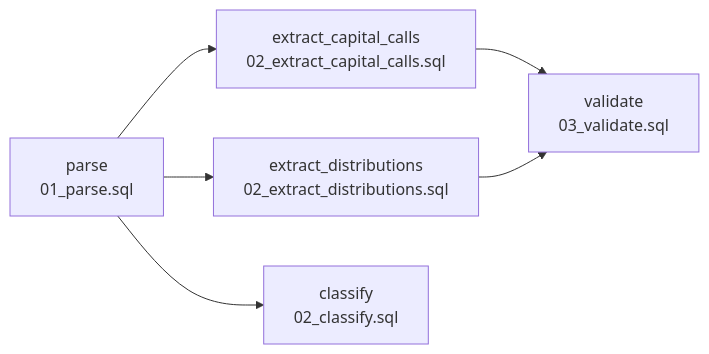
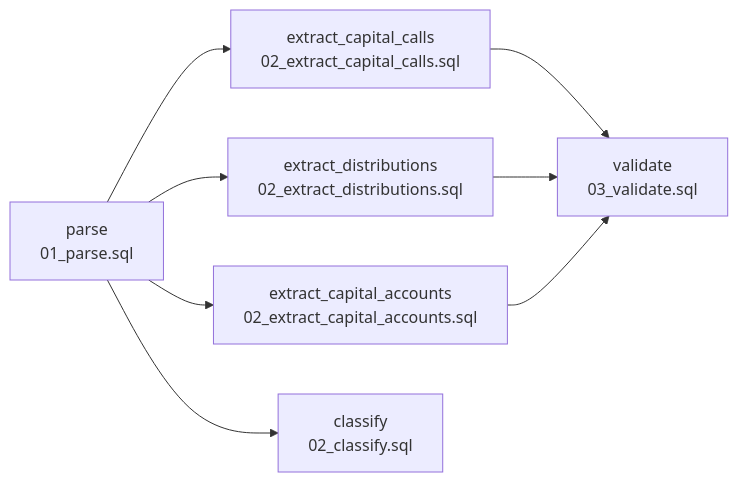
Before and after one commit to davendra/agentic-fund-ops: the third of 6 diagrams in docs/architecture.md, drawn with Mermaid. The commit also changed other lines of this file and 52 other files, not shown here.

````diff
--- a/docs/architecture.md
+++ b/docs/architecture.md
@@ -90,14 +92,17 @@
 ```mermaid
 flowchart LR
     parse["parse<br/>01_parse.sql"]
     ecc["extract_capital_calls<br/>02_extract_capital_calls.sql"]
     edi["extract_distributions<br/>02_extract_distributions.sql"]
+    eca["extract_capital_accounts<br/>02_extract_capital_accounts.sql"]
     cls["classify<br/>02_classify.sql"]
     val["validate<br/>03_validate.sql"]
 
     parse --> ecc
     parse --> edi
+    parse --> eca
     parse --> cls
     ecc --> val
     edi --> val
+    eca --> val
 ```
````
